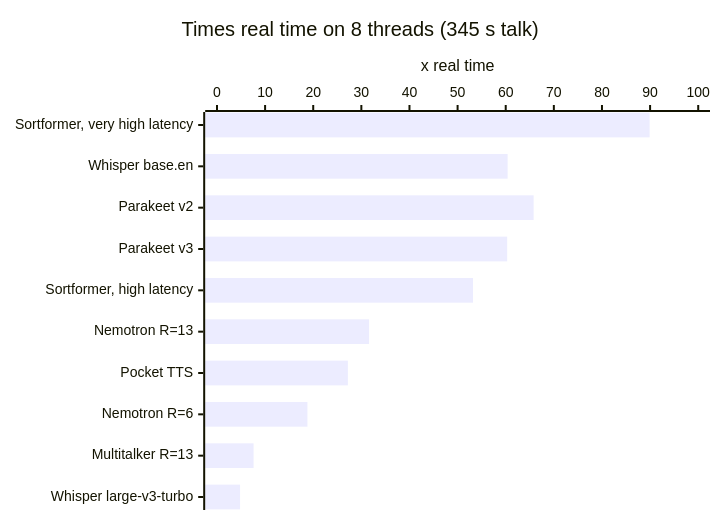
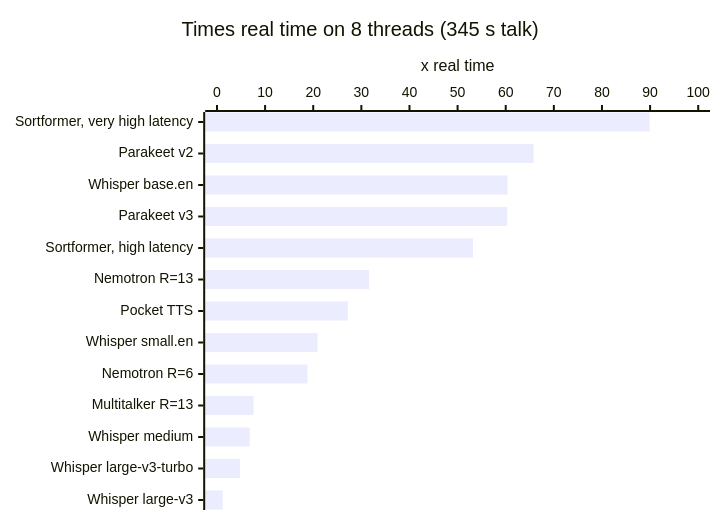
One commit to xattribution/gorelaxor changed the first of 2 diagrams in docs/BENCHMARKS.md. Above: the diagram before and after it, drawn with Mermaid. The commit also changed other lines of this file, not shown here.

First line of the commit message:
Benchmarks: every Whisper size, memory per model, desktop kernels

````diff
--- a/docs/BENCHMARKS.md
+++ b/docs/BENCHMARKS.md
@@ -12,7 +12,7 @@
 ```mermaid
 xychart-beta horizontal
     title "Times real time on 8 threads (345 s talk)"
-    x-axis ["Sortformer, very high latency", "Whisper base.en", "Parakeet v2", "Parakeet v3", "Sortformer, high latency", "Nemotron R=13", "Pocket TTS", "Nemotron R=6", "Multitalker R=13", "Whisper large-v3-turbo"]
+    x-axis ["Sortformer, very high latency", "Parakeet v2", "Whisper base.en", "Parakeet v3", "Sortformer, high latency", "Nemotron R=13", "Pocket TTS", "Whisper small.en", "Nemotron R=6", "Multitalker R=13", "Whisper medium", "Whisper large-v3-turbo", "Whisper large-v3"]
     y-axis "x real time" 0 --> 100
-    bar [89.9, 60.4, 65.8, 60.3, 53.2, 31.6, 27.2, 18.8, 7.6, 4.8]
+    bar [89.9, 65.8, 60.4, 60.3, 53.2, 31.6, 27.2, 20.9, 18.8, 7.6, 6.8, 4.8, 1.2]
 ```
````
